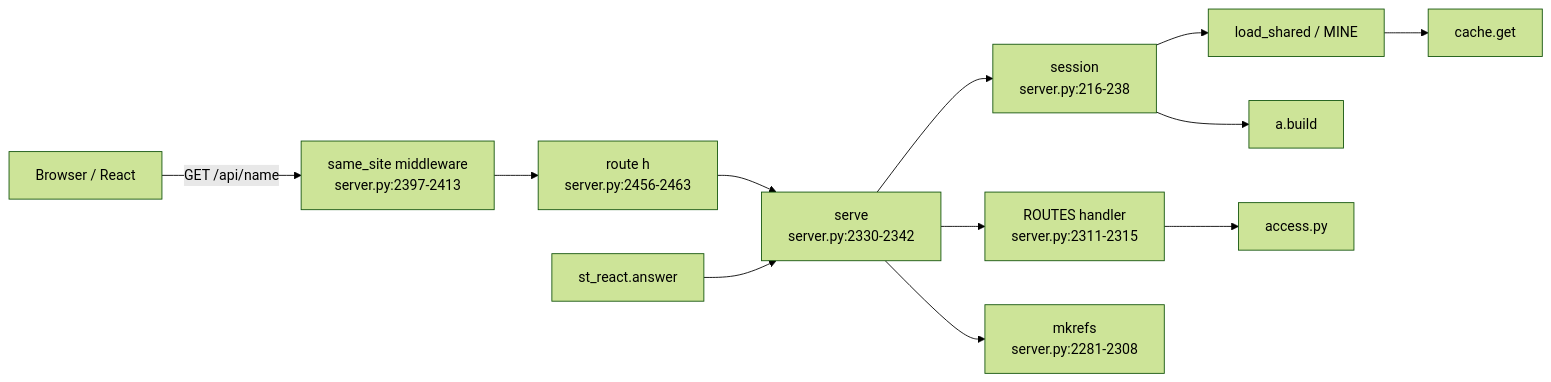
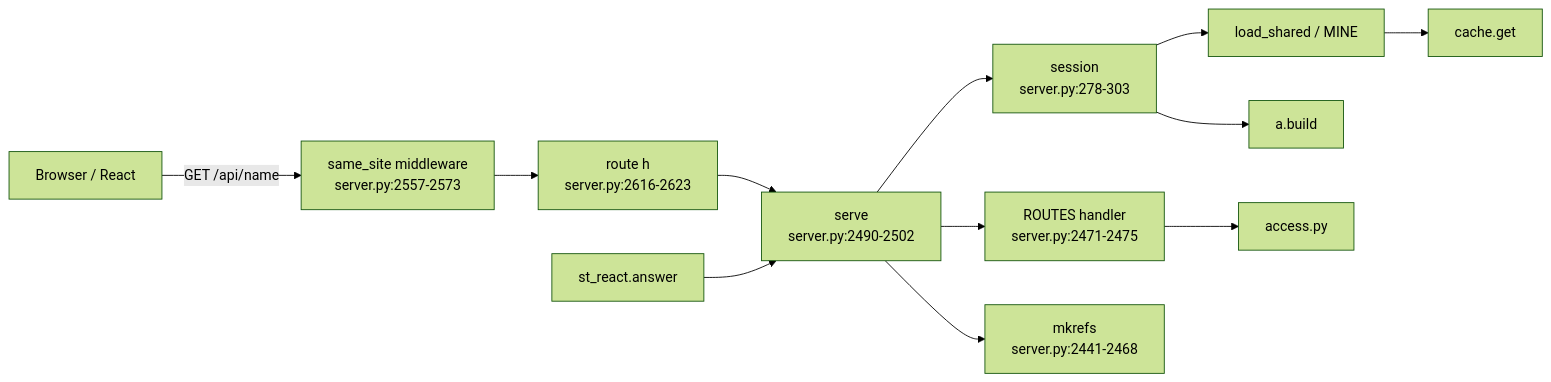
One commit to darshanmeel/snowflake-access-explorer changed the first of 2 diagrams in snowflake-access-explorer-knowledge-graph/modules/server.md. Above: the diagram before and after it, drawn with Mermaid (forest theme). The commit also changed other lines of this file and 82 other files, not shown here.

Commit message:
Knowledge graph: parts store, two-stage load, background refresh, DuckDB rule walk, kept rule results, review fixes (to 448bdbb)

````diff
--- a/snowflake-access-explorer-knowledge-graph/modules/server.md
+++ b/snowflake-access-explorer-knowledge-graph/modules/server.md
@@ -6,14 +6,14 @@
 ```mermaid
 flowchart LR
-  B[Browser / React] -->|GET /api/name| MW[same_site middleware<br/>server.py:2397-2413]
-  MW --> R[route h<br/>server.py:2456-2463]
-  R --> SV[serve<br/>server.py:2330-2342]
-  SV --> SE[session<br/>server.py:216-238]
+  B[Browser / React] -->|GET /api/name| MW[same_site middleware<br/>server.py:2557-2573]
+  MW --> R[route h<br/>server.py:2616-2623]
+  R --> SV[serve<br/>server.py:2490-2502]
+  SV --> SE[session<br/>server.py:278-303]
   SE --> LS[load_shared / MINE]
   LS --> C[cache.get]
   SE --> AB[a.build]
-  SV --> H[ROUTES handler<br/>server.py:2311-2315]
+  SV --> H[ROUTES handler<br/>server.py:2471-2475]
   H --> A[access.py]
-  SV --> MK[mkrefs<br/>server.py:2281-2308]
+  SV --> MK[mkrefs<br/>server.py:2441-2468]
   ST[st_react.answer] --> SV
 ```
````
